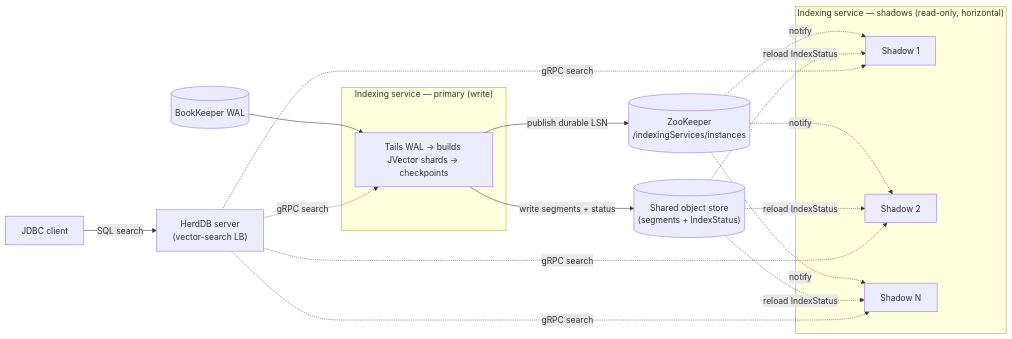
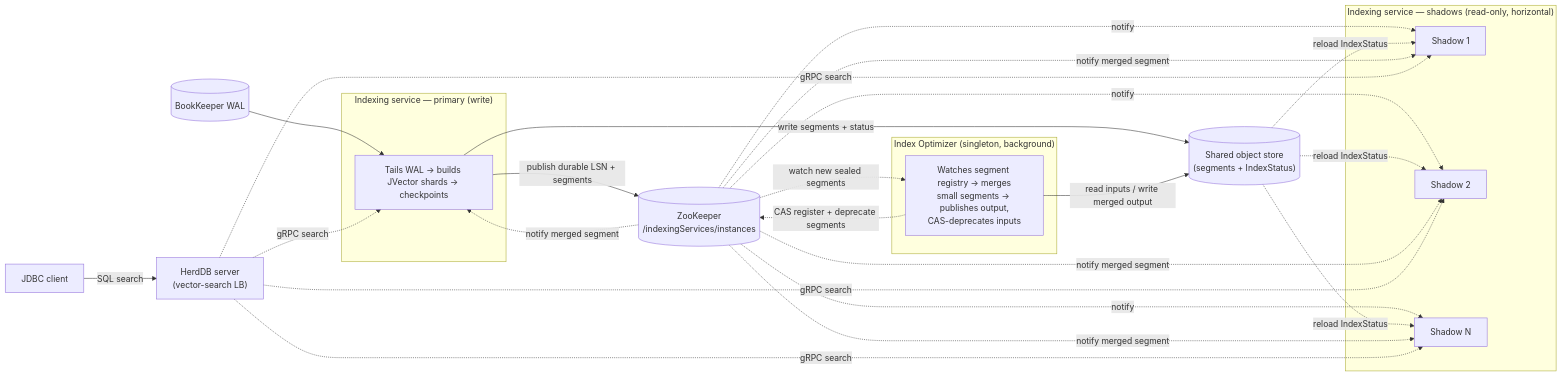
The fifth of 6 diagrams in README.md (eolivelli/herddb), drawn with Mermaid before and after one commit. The commit also changed other lines of this file and 1 other file, not shown here.

First line of the commit message:
docs: document Index Optimizer service in README and VECTOR.md (#529)

````diff
--- a/README.md
+++ b/README.md
@@ -283,35 +286,47 @@
 ```mermaid
 flowchart LR
   WAL[("BookKeeper WAL")]
   ZK[("ZooKeeper<br/>/indexingServices/instances")]
   OBJ[("Shared object store<br/>(segments + IndexStatus)")]
 
   subgraph Primary["Indexing service — primary (write)"]
     P["Tails WAL → builds JVector shards → checkpoints"]
   end
 
   subgraph Shadows["Indexing service — shadows (read-only, horizontal)"]
     S1["Shadow 1"]
     S2["Shadow 2"]
     S3["Shadow N"]
   end
 
+  subgraph Optimizer["Index Optimizer (singleton, background)"]
+    O["Watches segment registry → merges<br/>small segments → publishes output,<br/>CAS-deprecates inputs"]
+  end
+
   JDBC["JDBC client"]
   Server["HerdDB server<br/>(vector-search LB)"]
 
   WAL --> P
   P -->|write segments + status| OBJ
-  P -->|publish durable LSN| ZK
+  P -->|publish durable LSN + segments| ZK
   ZK -. notify .-> S1
   ZK -. notify .-> S2
   ZK -. notify .-> S3
   OBJ -. reload IndexStatus .-> S1
   OBJ -. reload IndexStatus .-> S2
   OBJ -. reload IndexStatus .-> S3
 
+  ZK -. watch new sealed segments .-> O
+  O -->|read inputs / write merged output| OBJ
+  O -. CAS register + deprecate segments .-> ZK
+  ZK -. notify merged segment .-> P
+  ZK -. notify merged segment .-> S1
+  ZK -. notify merged segment .-> S2
+  ZK -. notify merged segment .-> S3
+
   JDBC -->|SQL search| Server
   Server -. gRPC search .-> P
   Server -. gRPC search .-> S1
   Server -. gRPC search .-> S2
   Server -. gRPC search .-> S3
 ```
````
